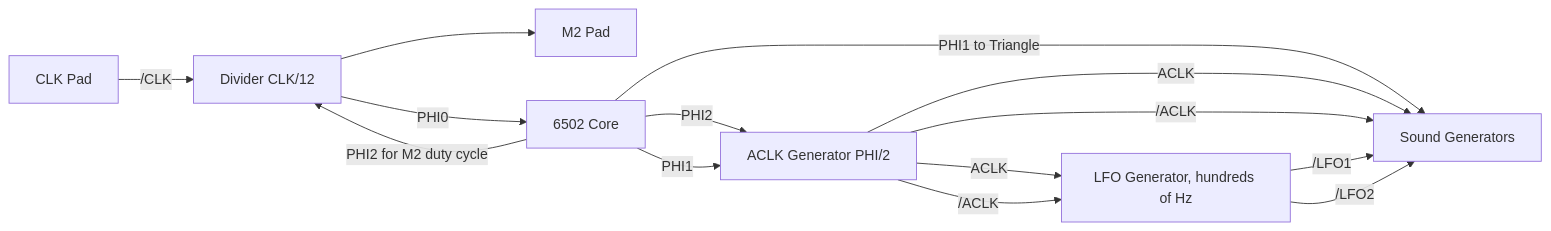
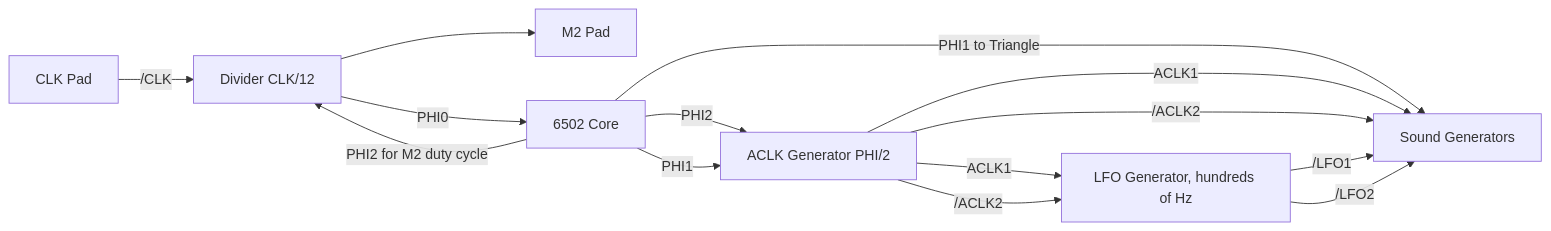
The diagram in BreakingNESWiki_DeepL/APU/clkgen.md (emu-russia/breaks), drawn with Mermaid before and after one commit. The commit also changed other lines of this file and 16 other files, not shown here.

````diff
--- a/BreakingNESWiki_DeepL/APU/clkgen.md
+++ b/BreakingNESWiki_DeepL/APU/clkgen.md
@@ -37,16 +37,16 @@
 ```mermaid
 graph LR;
   clkpad[CLK Pad]-->|/CLK|div[Divider CLK/12]
   div[Divider CLK/12]-->m2[M2 Pad]
   div[Divider CLK/12]-->|PHI0|core[6502 Core]
   core[6502 Core]-->|PHI2|aclk[ACLK Generator PHI/2]
   core[6502 Core]-->|PHI2 for M2 duty cycle|div[Divider CLK/12]
   core[6502 Core]-->|PHI1|aclk[ACLK Generator PHI/2]
   core[6502 Core]-->|PHI1 to Triangle|sound[Sound Generators]
-  aclk[ACLK Generator PHI/2]-->|ACLK|sound[Sound Generators]
-  aclk[ACLK Generator PHI/2]-->|/ACLK|sound[Sound Generators]
-  aclk[ACLK Generator PHI/2]-->|ACLK|lfo[LFO Generator, hundreds of Hz]
-  aclk[ACLK Generator PHI/2]-->|/ACLK|lfo[LFO Generator, hundreds of Hz]
+  aclk[ACLK Generator PHI/2]-->|ACLK1|sound[Sound Generators]
+  aclk[ACLK Generator PHI/2]-->|/ACLK2|sound[Sound Generators]
+  aclk[ACLK Generator PHI/2]-->|ACLK1|lfo[LFO Generator, hundreds of Hz]
+  aclk[ACLK Generator PHI/2]-->|/ACLK2|lfo[LFO Generator, hundreds of Hz]
   lfo[LFO Generator, hundreds of Hz]-->|/LFO1|sound[Sound Generators]
   lfo[LFO Generator, hundreds of Hz]-->|/LFO2|sound[Sound Generators]
 ```
````
